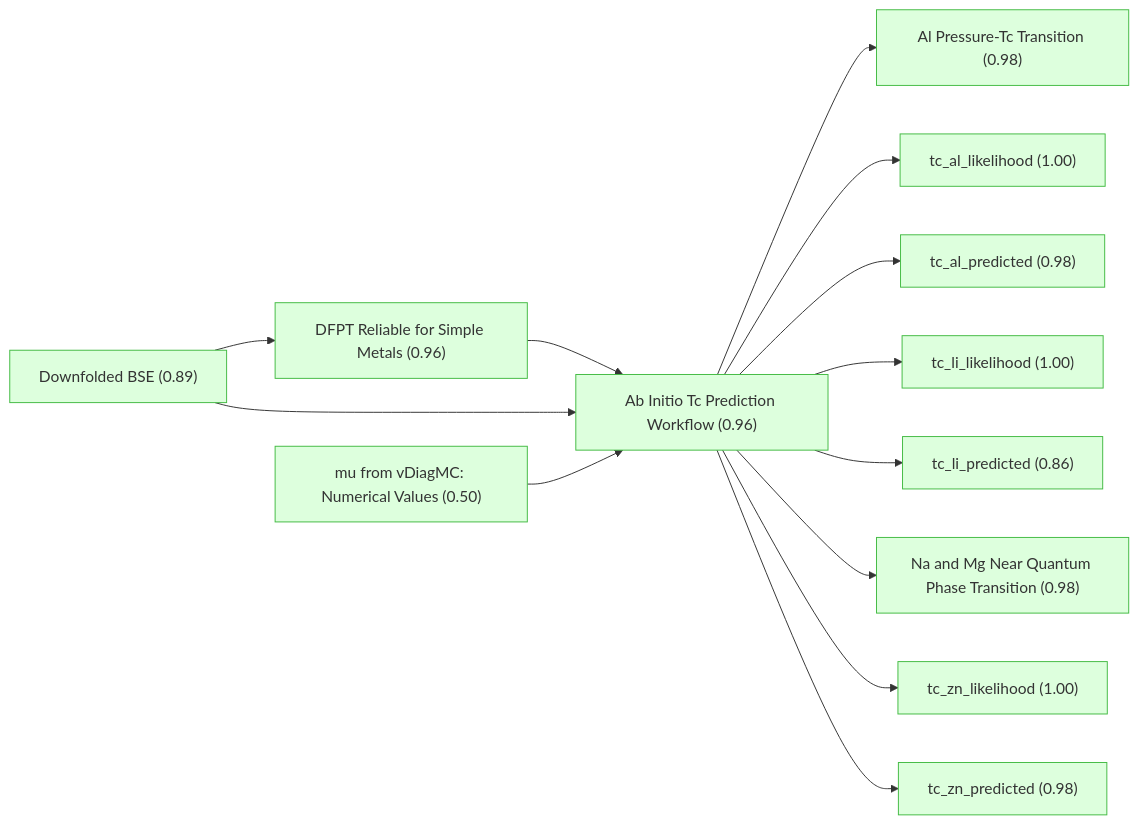
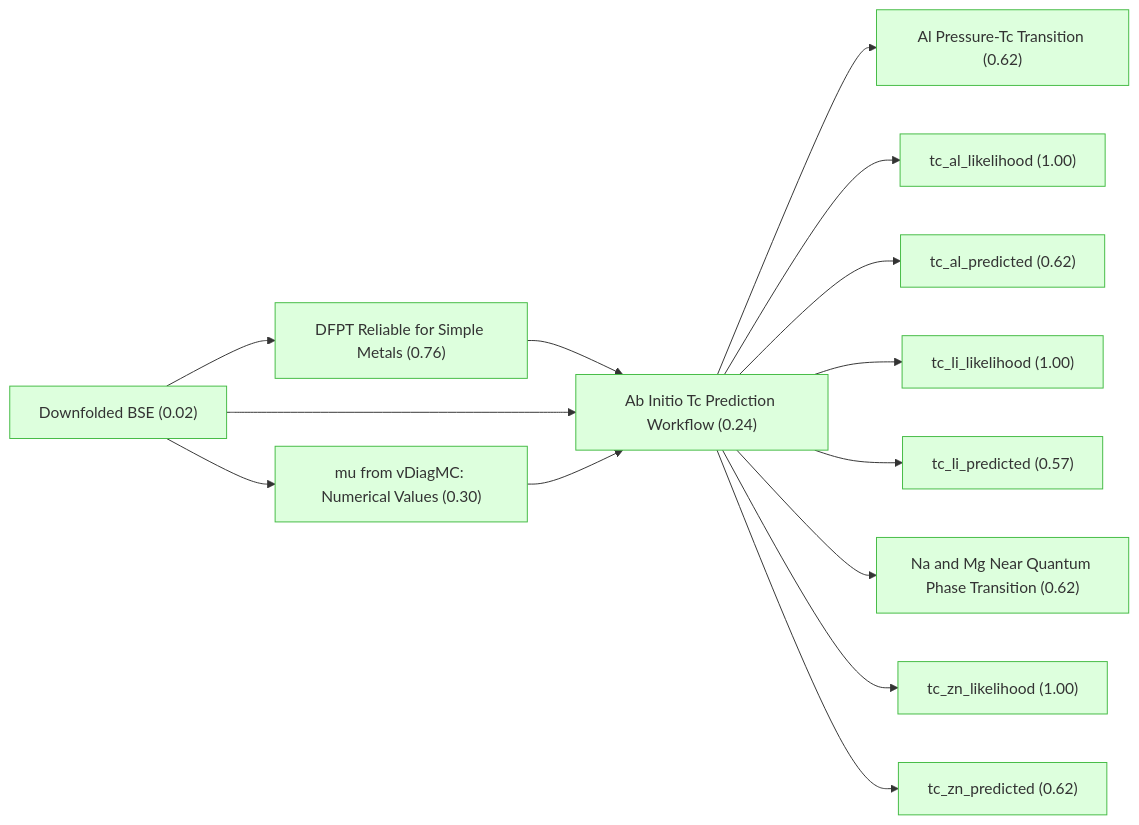
Before and after one commit to kunyuan/SuperconductivityElectronLiquids.gaia: the first of 6 diagrams in docs/detailed-reasoning.md, drawn with Mermaid. The commit also changed other lines of this file and 21 other files, not shown here.

````diff
--- a/docs/detailed-reasoning.md
+++ b/docs/detailed-reasoning.md
@@ -7,37 +7,38 @@
 ```mermaid
 graph LR
-    downfolded_bse["Downfolded BSE (0.89)"]:::derived
-    mu_vdiagmc_values["mu from vDiagMC: Numerical Values (0.50)"]:::derived
-    dfpt_reliable_for_simple_metals["DFPT Reliable for Simple Metals (0.96)"]:::derived
-    ab_initio_workflow["Ab Initio Tc Prediction Workflow (0.96)"]:::derived
-    al_pressure_transition["Al Pressure-Tc Transition (0.98)"]:::derived
-    tc_mg_na_near_qpt["Na and Mg Near Quantum Phase Transition (0.98)"]:::derived
-    tc_al_predicted["tc_al_predicted (0.98)"]:::derived
+    downfolded_bse["Downfolded BSE (0.02)"]:::derived
+    mu_vdiagmc_values["mu from vDiagMC: Numerical Values (0.30)"]:::derived
+    dfpt_reliable_for_simple_metals["DFPT Reliable for Simple Metals (0.76)"]:::derived
+    ab_initio_workflow["Ab Initio Tc Prediction Workflow (0.24)"]:::derived
+    al_pressure_transition["Al Pressure-Tc Transition (0.62)"]:::derived
+    tc_mg_na_near_qpt["Na and Mg Near Quantum Phase Transition (0.62)"]:::derived
+    tc_al_predicted["tc_al_predicted (0.62)"]:::derived
     tc_al_likelihood["tc_al_likelihood (1.00)"]:::derived
-    tc_zn_predicted["tc_zn_predicted (0.98)"]:::derived
+    tc_zn_predicted["tc_zn_predicted (0.62)"]:::derived
     tc_zn_likelihood["tc_zn_likelihood (1.00)"]:::derived
-    tc_li_predicted["tc_li_predicted (0.86)"]:::derived
+    tc_li_predicted["tc_li_predicted (0.57)"]:::derived
     tc_li_likelihood["tc_li_likelihood (1.00)"]:::derived
     ab_initio_workflow --> al_pressure_transition
     ab_initio_workflow --> tc_al_likelihood
     ab_initio_workflow --> tc_al_predicted
     ab_initio_workflow --> tc_li_likelihood
     ab_initio_workflow --> tc_li_predicted
     ab_initio_workflow --> tc_mg_na_near_qpt
     ab_initio_workflow --> tc_zn_likelihood
     ab_initio_workflow --> tc_zn_predicted
     dfpt_reliable_for_simple_metals --> ab_initio_workflow
     downfolded_bse --> ab_initio_workflow
     downfolded_bse --> dfpt_reliable_for_simple_metals
+    downfolded_bse --> mu_vdiagmc_values
     mu_vdiagmc_values --> ab_initio_workflow
 
     classDef note fill:#f0f0f0,stroke:#999,color:#333
     classDef premise fill:#ddeeff,stroke:#4488bb,color:#333
     classDef derived fill:#ddffdd,stroke:#44bb44,color:#333
     classDef question fill:#fff3dd,stroke:#cc9944,color:#333
     classDef background fill:#f5f5f5,stroke:#bbb,stroke-dasharray: 5 5,color:#333
     classDef orphan fill:#fff,stroke:#ccc,stroke-dasharray: 5 5,color:#333
     classDef external fill:#fff,stroke:#aaa,stroke-dasharray: 3 3,color:#333
     classDef weak fill:#fff9c4,stroke:#f9a825,stroke-dasharray: 5 5,color:#333
     classDef contra fill:#ffebee,stroke:#c62828,color:#333
 ```
````
